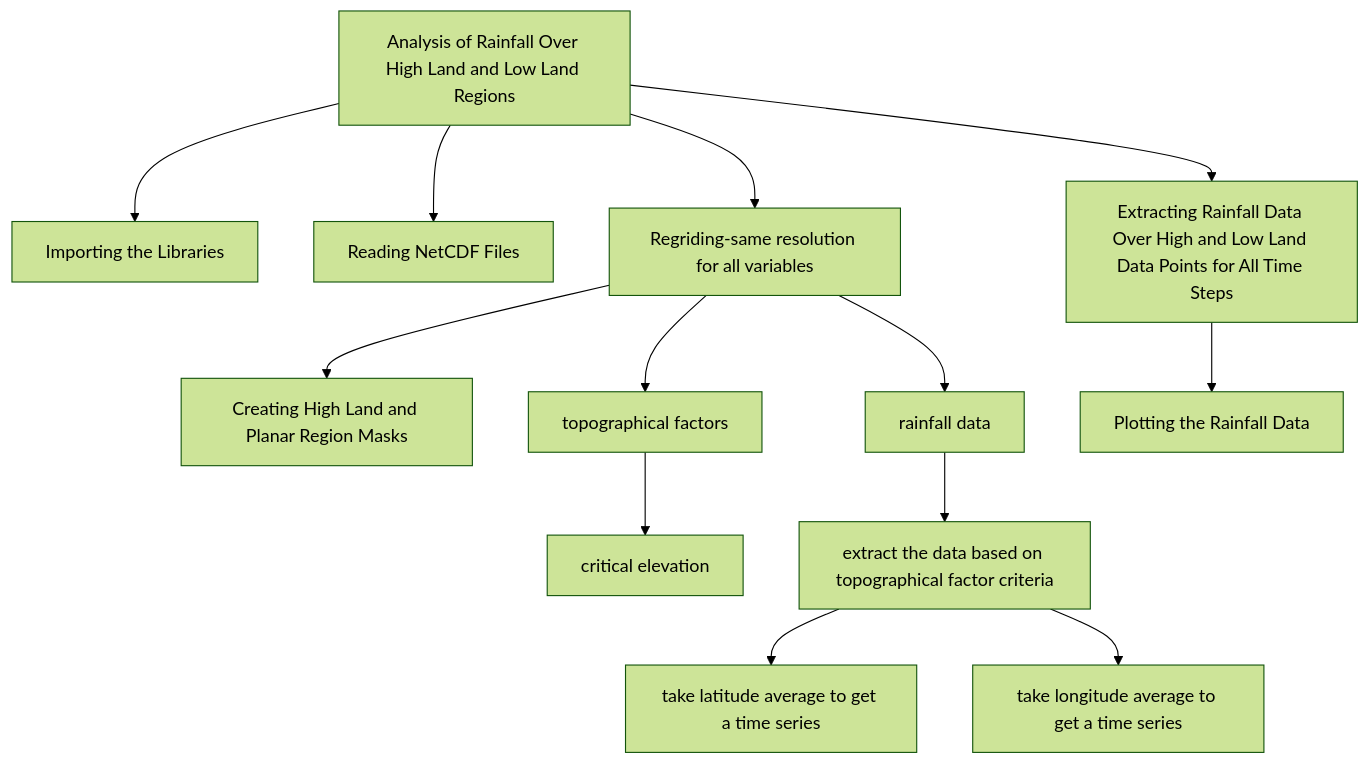
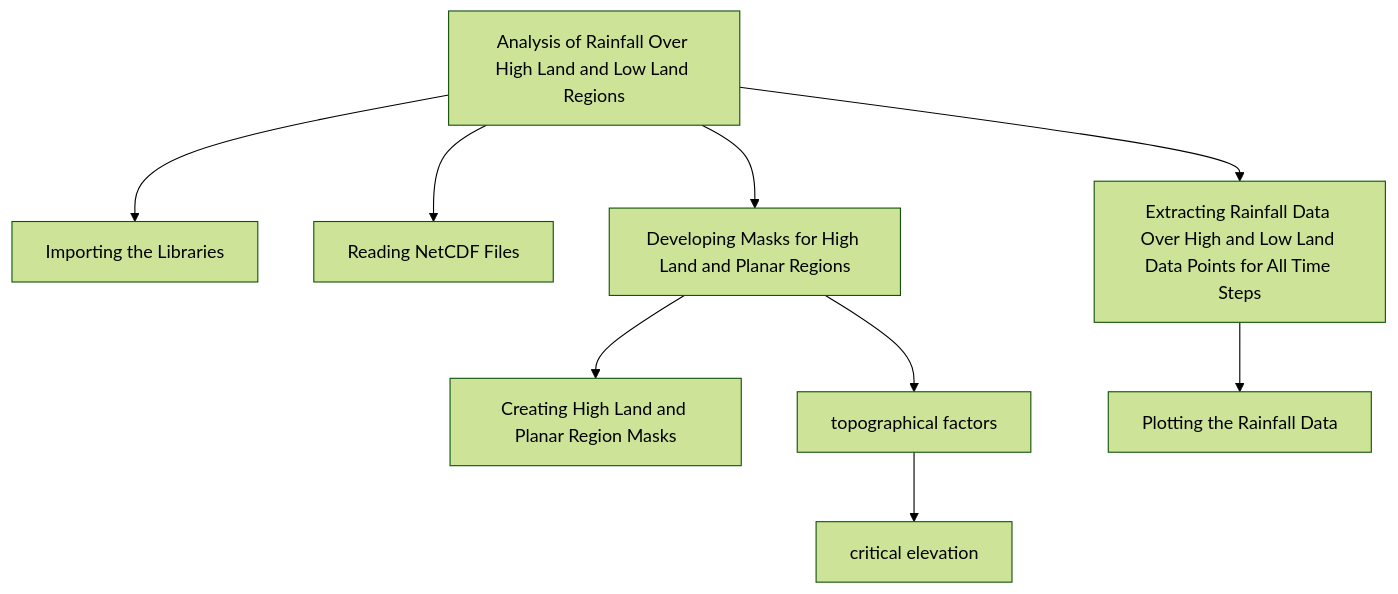
One commit to sputhiyamadam/PYRATES_workshop changed the first of 2 diagrams in README.md. Above: the diagram before and after it, drawn with Mermaid (forest theme).

````diff
--- a/README.md
+++ b/README.md
@@ -80,14 +80,11 @@
 ```mermaid
 graph TD;
     id1[Analysis of Rainfall Over High Land and Low Land Regions]-->id2[Importing the Libraries]
     id1[Analysis of Rainfall Over High Land and Low Land Regions]--> id3[Reading NetCDF Files]
     id1[Analysis of Rainfall Over High Land and Low Land Regions]--> id4[Developing Masks for High Land and Planar Regions]; 
     id4[Developing Masks for High Land and Planar Regions]-->id5[Creating High Land and Planar Region Masks]
     id4[Developing Masks for High Land and Planar Regions]-->id6[Plotting the High Land and Planar Points];
     
     id1[Analysis of Rainfall Over High Land and Low Land Regions]--> id7[Extracting Rainfall Data Over High and Low Land Data Points for All Time Steps]-->id8[Plotting the Rainfall Data];
     id6[topographical factors]-->id9[critical elevation];  
-    
-    id4[Regriding-same resolution for all variables]-->id10[rainfall data]-->id11[extract the data based on topographical factor criteria]-->id12[take latitude average to get a time series]
-    id11[extract the data based on topographical factor criteria]-->id13[take longitude average to get a time series]
 ```
````
